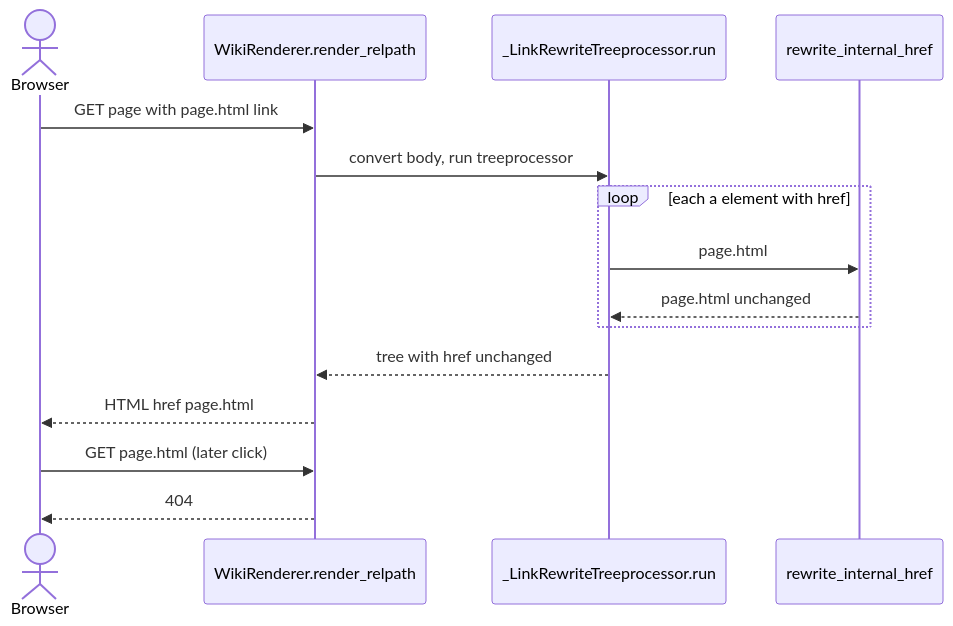
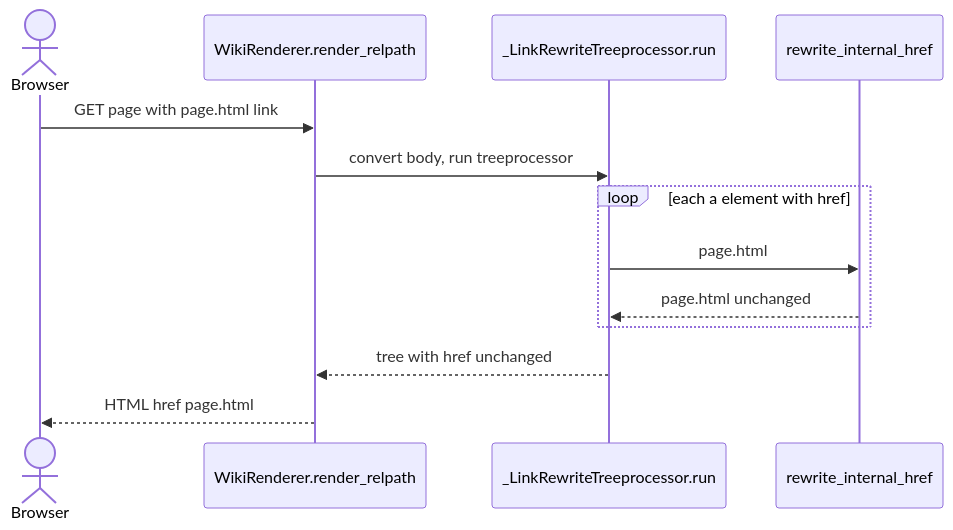
Before and after one commit to manuelagirre/mdwiki: the fourth of 5 diagrams in wiki/features/Internal-Link-Rewriting.md, drawn with Mermaid. The commit also changed other lines of this file and 9 other files, not shown here.

First line of the commit message:
Fold HTML/static file serving into the wiki and retire its backlog item

````diff
--- a/wiki/features/Internal-Link-Rewriting.md
+++ b/wiki/features/Internal-Link-Rewriting.md
@@ -112,17 +112,15 @@
 ```mermaid
 sequenceDiagram
     actor Browser
     participant WikiRenderer.render_relpath
     participant _LinkRewriteTreeprocessor.run
     participant rewrite_internal_href
     Browser->>WikiRenderer.render_relpath: GET page with page.html link
     WikiRenderer.render_relpath->>_LinkRewriteTreeprocessor.run: convert body, run treeprocessor
     loop each a element with href
         _LinkRewriteTreeprocessor.run->>rewrite_internal_href: page.html
         rewrite_internal_href-->>_LinkRewriteTreeprocessor.run: page.html unchanged
     end
     _LinkRewriteTreeprocessor.run-->>WikiRenderer.render_relpath: tree with href unchanged
     WikiRenderer.render_relpath-->>Browser: HTML href page.html
-    Browser->>WikiRenderer.render_relpath: GET page.html (later click)
-    WikiRenderer.render_relpath-->>Browser: 404
 ```
````
